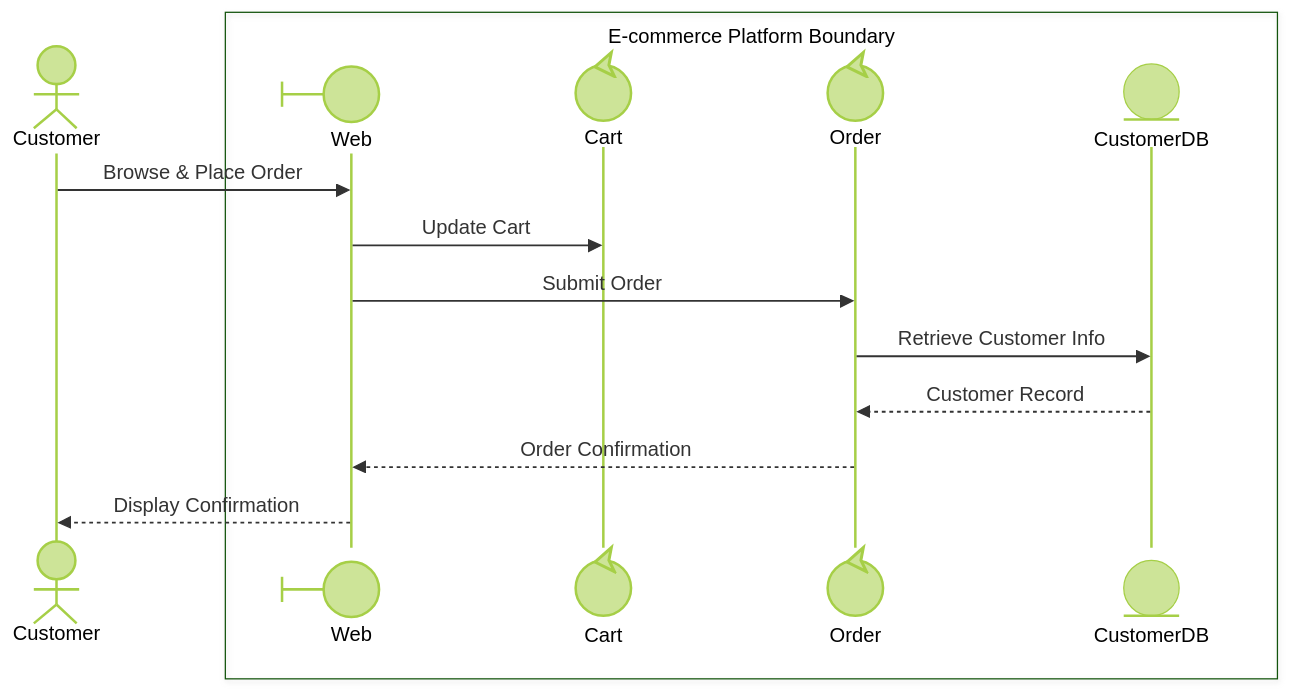
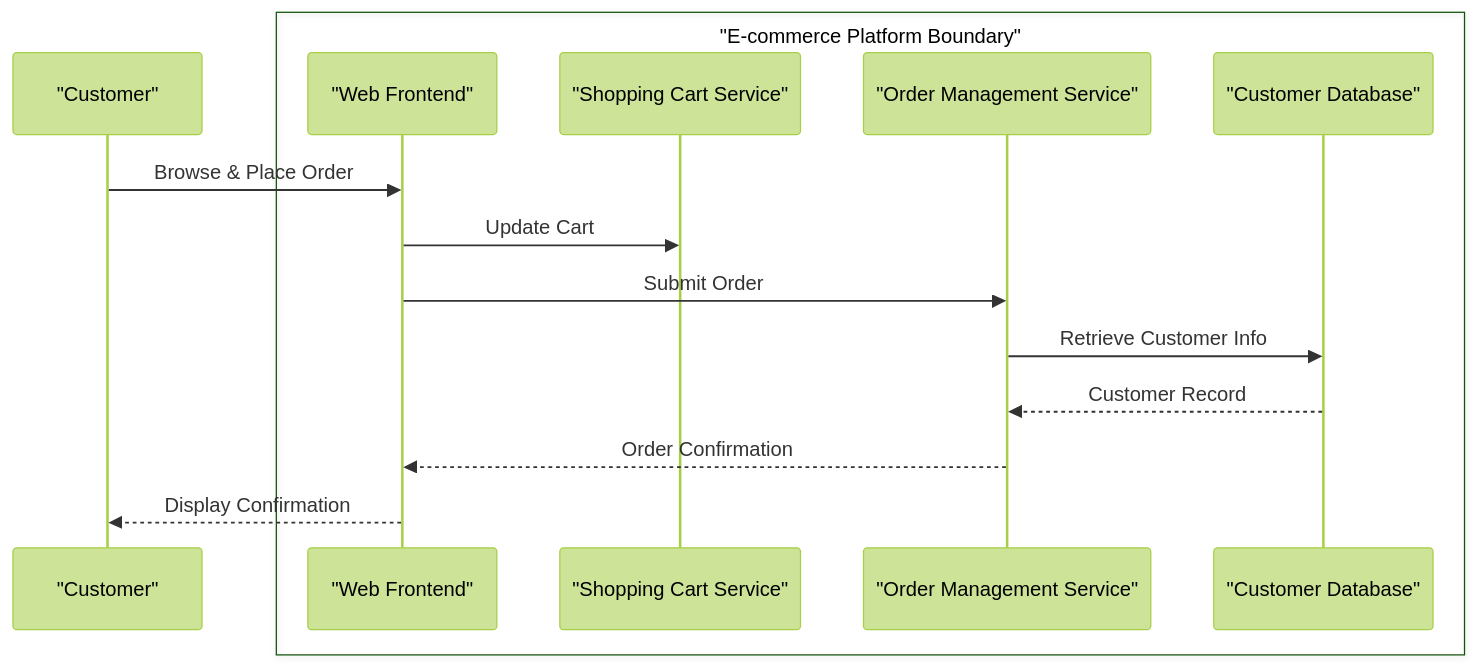
Before and after one commit to zhongadamwang/AI_Slowcooker: the fourth of 6 diagrams in .github/skills/hierarchy-management/references/decomposition-patterns.md, drawn with Mermaid (forest theme). The commit also changed other lines of this file and 6 other files, not shown here.

````diff
--- a/.github/skills/hierarchy-management/references/decomposition-patterns.md
+++ b/.github/skills/hierarchy-management/references/decomposition-patterns.md
@@ -134,19 +137,20 @@
 ```mermaid
 sequenceDiagram
-    participant Customer@{ "type": "actor", "label": "Customer" }
+    %% Stereotypes: Customer=actor | Web=boundary, Cart=control, Order=control, CustomerDB=entity
+    participant Customer as "Customer"
 
-    box E-commerce Platform Boundary
-        participant Web@{ "type": "boundary", "label": "Web Frontend" }
-        participant Cart@{ "type": "control", "label": "Shopping Cart Service" }
-        participant Order@{ "type": "control", "label": "Order Management Service" }
-        participant CustomerDB@{ "type": "entity", "label": "Customer Database" }
+    box "E-commerce Platform Boundary"
+        participant Web as "Web Frontend"
+        participant Cart as "Shopping Cart Service"
+        participant Order as "Order Management Service"
+        participant CustomerDB as "Customer Database"
     end
 
     Customer->>Web: Browse & Place Order
     Web->>Cart: Update Cart
     Web->>Order: Submit Order
     Order->>CustomerDB: Retrieve Customer Info
     CustomerDB-->>Order: Customer Record
     Order-->>Web: Order Confirmation
     Web-->>Customer: Display Confirmation
 ```
````
